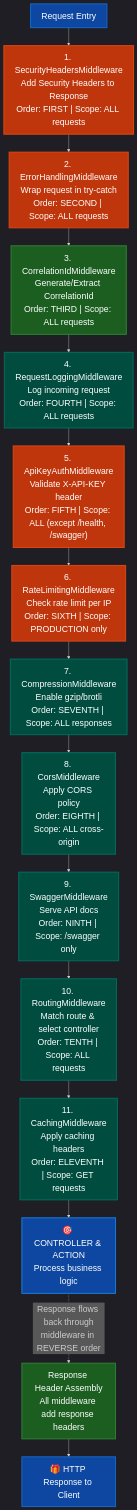
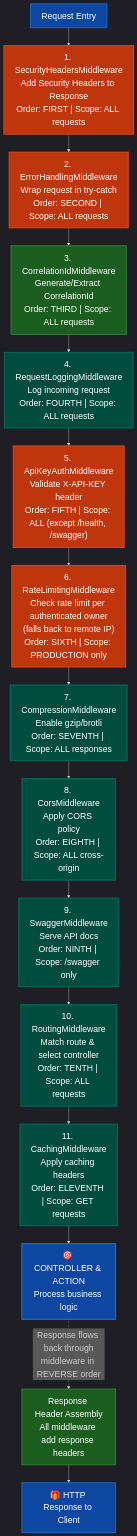
One commit to debdevops/servicehub changed the seventh of 12 diagrams in services/api/ARCHITECTURE.md. Above: the diagram before and after it, drawn with Mermaid. The commit also changed other lines of this file and 9 other files, not shown here.

First line of the commit message:
Enhance documentation and security measures; refactor architecture for multi-cloud support

````diff
--- a/services/api/ARCHITECTURE.md
+++ b/services/api/ARCHITECTURE.md
@@ -408,47 +421,47 @@
 ```mermaid
 %%{init: {'theme':'dark', 'themeVariables': { 'fontSize':'24px', 'primaryTextColor':'#ffffff'}}}%%
 graph TD
     A["Request Entry"] --> B["1. SecurityHeadersMiddleware<br/>Add Security Headers to Response<br/>Order: FIRST | Scope: ALL requests"]
     
     B --> C["2. ErrorHandlingMiddleware<br/>Wrap request in try-catch<br/>Order: SECOND | Scope: ALL requests"]
     
     C --> D["3. CorrelationIdMiddleware<br/>Generate/Extract CorrelationId<br/>Order: THIRD | Scope: ALL requests"]
     
     D --> E["4. RequestLoggingMiddleware<br/>Log incoming request<br/>Order: FOURTH | Scope: ALL requests"]
     
     E --> F["5. ApiKeyAuthMiddleware<br/>Validate X-API-KEY header<br/>Order: FIFTH | Scope: ALL (except /health, /swagger)"]
     
-    F --> G["6. RateLimitingMiddleware<br/>Check rate limit per IP<br/>Order: SIXTH | Scope: PRODUCTION only"]
+    F --> G["6. RateLimitingMiddleware<br/>Check rate limit per authenticated owner<br/>(falls back to remote IP)<br/>Order: SIXTH | Scope: PRODUCTION only"]
     
     G --> H["7. CompressionMiddleware<br/>Enable gzip/brotli<br/>Order: SEVENTH | Scope: ALL responses"]
     
     H --> I["8. CorsMiddleware<br/>Apply CORS policy<br/>Order: EIGHTH | Scope: ALL cross-origin"]
     
     I --> J["9. SwaggerMiddleware<br/>Serve API docs<br/>Order: NINTH | Scope: /swagger only"]
     
     J --> K["10. RoutingMiddleware<br/>Match route & select controller<br/>Order: TENTH | Scope: ALL requests"]
     
     K --> L["11. CachingMiddleware<br/>Apply caching headers<br/>Order: ELEVENTH | Scope: GET requests"]
     
     L --> M["🎯 CONTROLLER & ACTION<br/>Process business logic"]
     
     M -.->|"Response flows back through<br/>middleware in REVERSE order"| N["Response Header Assembly<br/>All middleware add response headers"]
     
     N --> O["🎁 HTTP Response to Client"]
 
     style A fill:#0d47a1,stroke:#1565c0,stroke-width:3px,color:#fff
     style B fill:#bf360c,stroke:#d84315,stroke-width:3px,color:#fff
     style C fill:#bf360c,stroke:#d84315,stroke-width:3px,color:#fff
     style D fill:#1b5e20,stroke:#2e7d32,stroke-width:3px,color:#fff
     style E fill:#004d40,stroke:#00695c,stroke-width:3px,color:#fff
     style F fill:#bf360c,stroke:#d84315,stroke-width:3px,color:#fff
     style G fill:#bf360c,stroke:#d84315,stroke-width:3px,color:#fff
     style H fill:#004d40,stroke:#00695c,stroke-width:3px,color:#fff
     style I fill:#004d40,stroke:#00695c,stroke-width:3px,color:#fff
     style J fill:#004d40,stroke:#00695c,stroke-width:3px,color:#fff
     style K fill:#004d40,stroke:#00695c,stroke-width:3px,color:#fff
     style L fill:#004d40,stroke:#00695c,stroke-width:3px,color:#fff
     style M fill:#0d47a1,stroke:#1976d2,stroke-width:3px,color:#fff
     style N fill:#1b5e20,stroke:#2e7d32,stroke-width:3px,color:#fff
     style O fill:#0d47a1,stroke:#1565c0,stroke-width:3px,color:#fff
 ```
````
